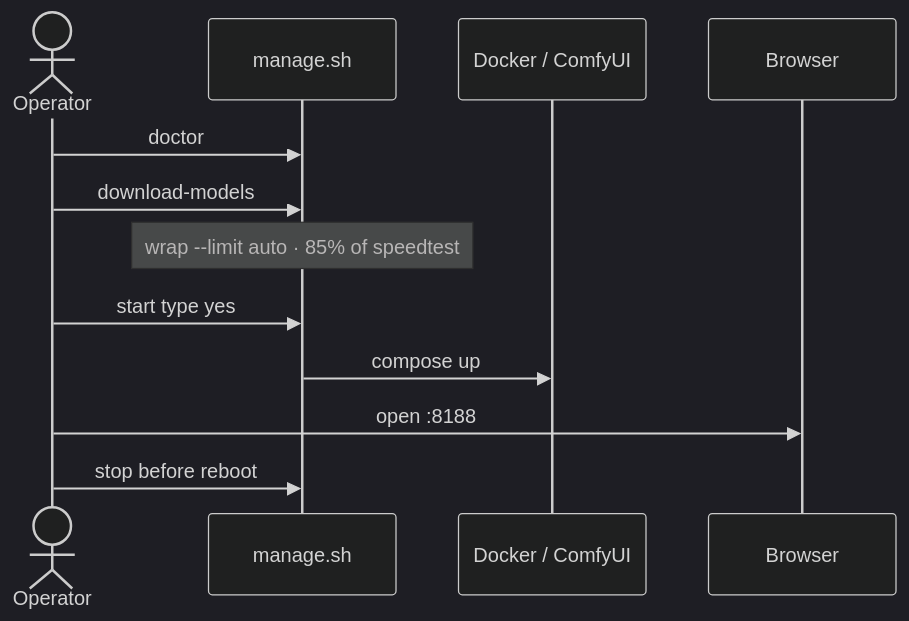
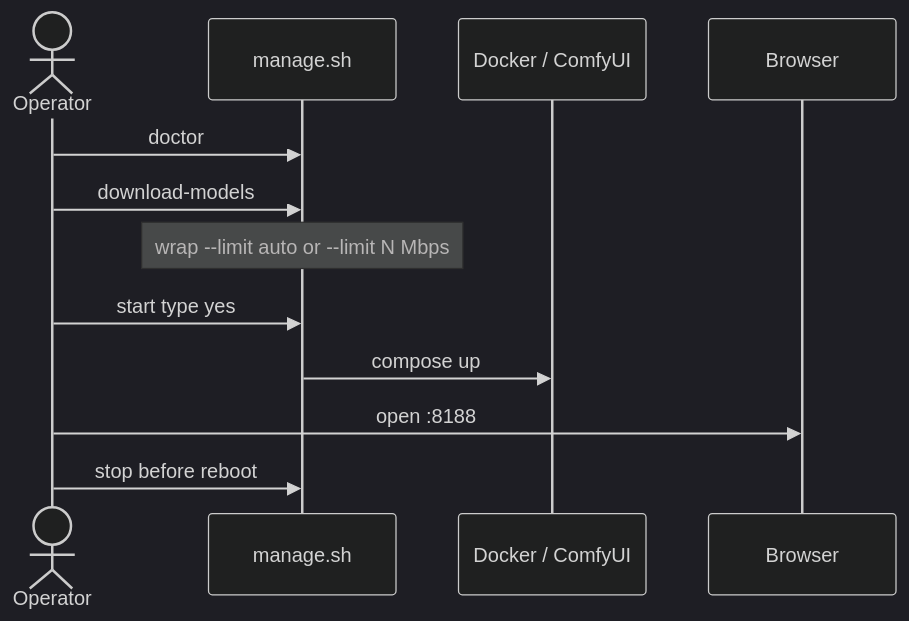
One commit to toxicoder/ez-comfy-stack changed the second of 3 diagrams in README.md. Above: the diagram before and after it, drawn with Mermaid (dark theme). The commit also changed other lines of this file and 142 other files, not shown here.

````diff
--- a/README.md
+++ b/README.md
@@ -51,15 +59,15 @@
 ```mermaid
 sequenceDiagram
   actor Op as Operator
   participant M as manage.sh
   participant D as Docker / ComfyUI
   participant B as Browser
 
   Op->>M: doctor
   Op->>M: download-models
-  Note over M: wrap --limit auto · 85% of speedtest
+  Note over M: wrap --limit auto or --limit N Mbps
   Op->>M: start type yes
   M->>D: compose up
   Op->>B: open :8188
   Op->>M: stop before reboot
 ```
````
